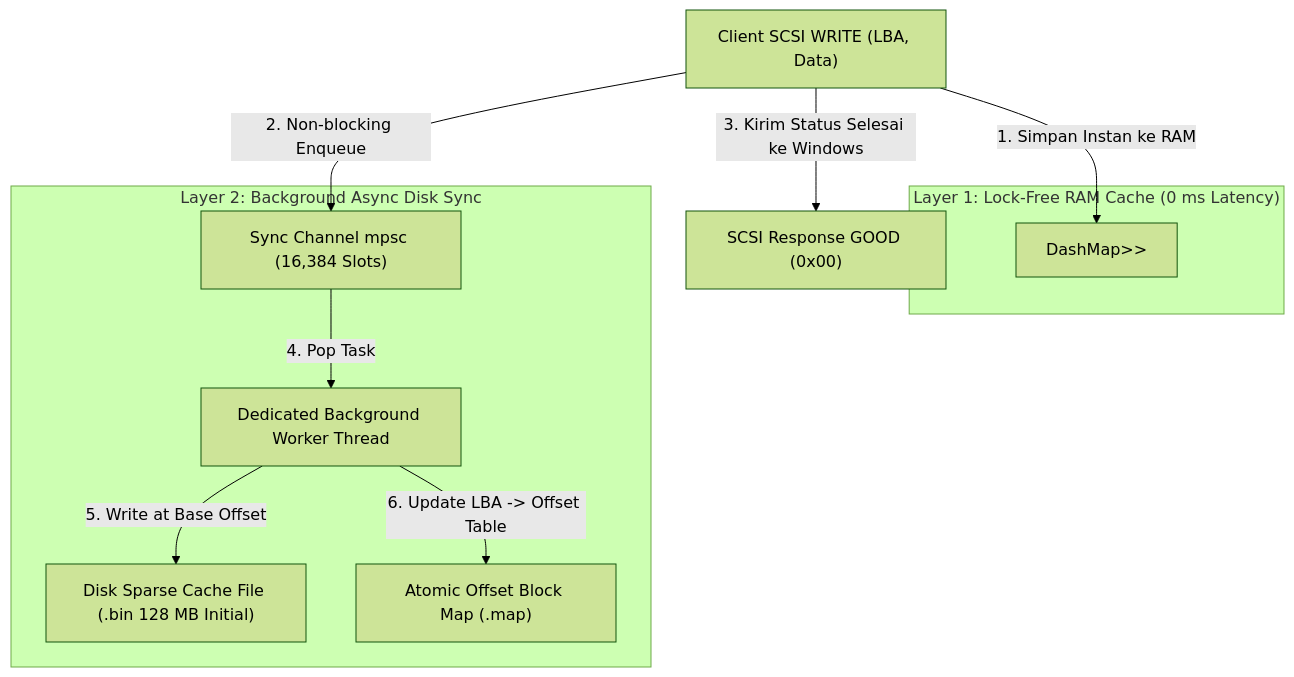
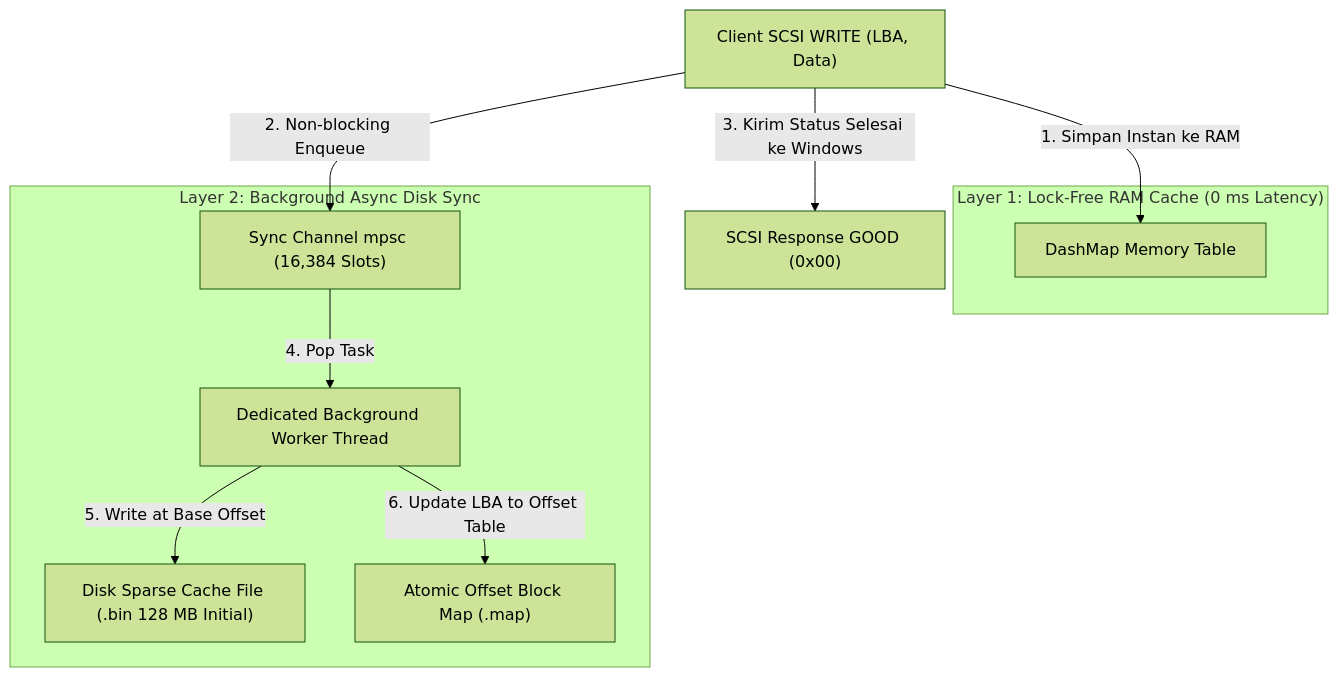
The fifth of 6 diagrams in DOCUMENTATION.md (milanalfandiismail/Simple-Iscsi), drawn with Mermaid (forest theme) before and after one commit. The commit also changed other lines of this file and 1 other file, not shown here.

````diff
--- a/DOCUMENTATION.md
+++ b/DOCUMENTATION.md
@@ -381,23 +387,23 @@
 ```mermaid
 flowchart TD
     WRITE_REQ["Client SCSI WRITE (LBA, Data)"]
     
     subgraph Layer1 ["Layer 1: Lock-Free RAM Cache (0 ms Latency)"]
-        DASHMAP["DashMap<u64, Arc<Vec<u8>>>"]
+        DASHMAP["DashMap Memory Table"]
     end
     
     subgraph Layer2 ["Layer 2: Background Async Disk Sync"]
         CHANNEL["Sync Channel mpsc (16,384 Slots)"]
         WORKER["Dedicated Background Worker Thread"]
         FILE_BIN["Disk Sparse Cache File (.bin 128 MB Initial)"]
         BLOCK_MAP["Atomic Offset Block Map (.map)"]
     end
     
-    WRITE_REQ -->|1. Simpan Instan ke RAM| DASHMAP
-    WRITE_REQ -->|2. Non-blocking Enqueue| CHANNEL
-    WRITE_REQ -->|3. Kirim Status Selesai ke Windows| RESP["SCSI Response GOOD (0x00)"]
+    WRITE_REQ -->|"1. Simpan Instan ke RAM"| DASHMAP
+    WRITE_REQ -->|"2. Non-blocking Enqueue"| CHANNEL
+    WRITE_REQ -->|"3. Kirim Status Selesai ke Windows"| RESP["SCSI Response GOOD (0x00)"]
     
-    CHANNEL -->|4. Pop Task| WORKER
-    WORKER -->|5. Write at Base Offset| FILE_BIN
-    WORKER -->|6. Update LBA -> Offset Table| BLOCK_MAP
+    CHANNEL -->|"4. Pop Task"| WORKER
+    WORKER -->|"5. Write at Base Offset"| FILE_BIN
+    WORKER -->|"6. Update LBA to Offset Table"| BLOCK_MAP
 ```
````
